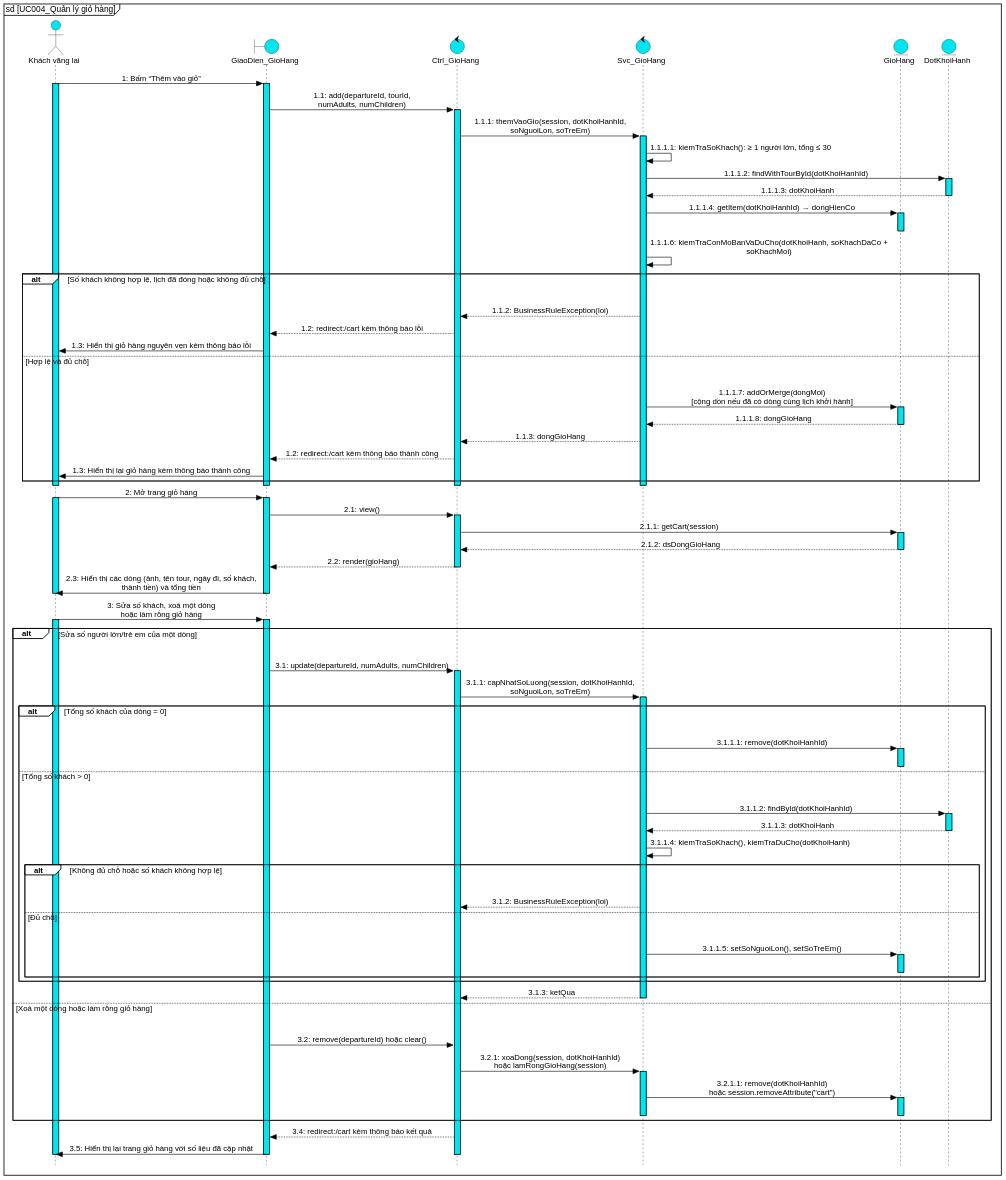
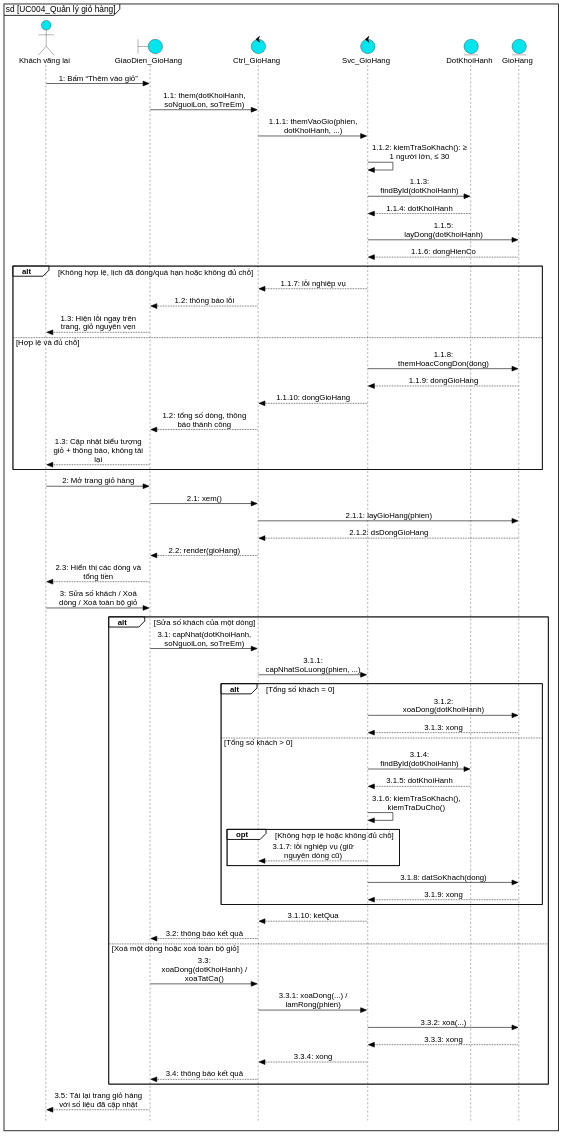
The diagram in docs/report/diagrams/src/UC004_sequence.puml (kanele05/project_www), drawn with PlantUML before and after one commit. The commit also changed 104 other files, not shown here.

First line of the commit message:
Sắp xếp lại use case theo biểu đồ tổng quát: đánh số lại UC001–UC021, gộp quản lý danh mục, cập nhật đặc tả và sơ đồ

```diff
--- a/docs/report/diagrams/src/UC004_sequence.puml
+++ b/docs/report/diagrams/src/UC004_sequence.puml
@@ -1,145 +1,103 @@
 @startuml UC004_sequence
 skinparam dpi 140
 skinparam defaultFontName "Liberation Sans"
 skinparam defaultFontSize 13
 skinparam backgroundColor white
 skinparam shadowing false
 skinparam style strictuml
 hide footbox
-skinparam maxMessageSize 420
+skinparam maxMessageSize 160
 skinparam sequenceMessageAlign center
 skinparam responseMessageBelowArrow false
 skinparam ArrowColor black
-skinparam ParticipantPadding 90
+skinparam ParticipantPadding 12
 skinparam BoxPadding 6
 skinparam sequence {
   ArrowColor black
   LifeLineBorderColor black
   LifeLineBackgroundColor #00E5EE
   ParticipantBackgroundColor #00E5EE
   ParticipantBorderColor black
   ActorBackgroundColor #00E5EE
   ActorBorderColor black
   GroupBorderColor black
   GroupBackgroundColor white
   GroupHeaderFontStyle bold
   GroupFontStyle plain
   GroupBorderThickness 1.2
 }
 skinparam note {
   BackgroundColor transparent
   BorderColor transparent
   FontColor transparent
 }
 skinparam BoundaryBackgroundColor #00E5EE
 skinparam BoundaryBorderColor black
 skinparam ControlBackgroundColor #00E5EE
 skinparam ControlBorderColor black
 skinparam EntityBackgroundColor #00E5EE
 skinparam EntityBorderColor black
 skinparam ActorBackgroundColor #00E5EE
 skinparam ActorBorderColor black
 mainframe sd [UC004_Quản lý giỏ hàng]
+
 actor "Khách vãng lai" as kh
 boundary "GiaoDien_GioHang" as ui
 control "Ctrl_GioHang" as ctrl
 control "Svc_GioHang" as svc
+entity "DotKhoiHanh" as dot
 entity "GioHang" as gh
-entity "DotKhoiHanh" as dot
-
 kh -> ui : 1: Bấm “Thêm vào giỏ”
-activate kh #00E5EE
-activate ui #00E5EE
-ui -> ctrl : 1.1: add(departureId, tourId,\nnumAdults, numChildren)
-activate ctrl #00E5EE
-ctrl -> svc : 1.1.1: themVaoGio(session, dotKhoiHanhId,\nsoNguoiLon, soTreEm)
-activate svc #00E5EE
-svc -> svc : 1.1.1.1: kiemTraSoKhach(): ≥ 1 người lớn, tổng ≤ 30
-svc -> dot : 1.1.1.2: findWithTourById(dotKhoiHanhId)
-activate dot #00E5EE
-return 1.1.1.3: dotKhoiHanh
-svc -> gh : 1.1.1.4: getItem(dotKhoiHanhId) → dongHienCo
-activate gh #00E5EE
-deactivate gh
-svc -> svc : 1.1.1.6: kiemTraConMoBanVaDuCho(dotKhoiHanh, soKhachDaCo + soKhachMoi)
-alt Số khách không hợp lệ, lịch đã đóng hoặc không đủ chỗ
-  hnote over kh, dot : .
-  svc --> ctrl : 1.1.2: BusinessRuleException(loi)
-  ctrl --> ui : 1.2: redirect:/cart kèm thông báo lỗi
-  ui -> kh : 1.3: Hiển thị giỏ hàng nguyên vẹn kèm thông báo lỗi
+ui -> ctrl : 1.1: them(dotKhoiHanh, soNguoiLon, soTreEm)
+ctrl -> svc : 1.1.1: themVaoGio(phien, dotKhoiHanh, ...)
+svc -> svc : 1.1.2: kiemTraSoKhach(): ≥ 1 người lớn, ≤ 30
+svc -> dot : 1.1.3: findById(dotKhoiHanh)
+dot --> svc : 1.1.4: dotKhoiHanh
+svc -> gh : 1.1.5: layDong(dotKhoiHanh)
+gh --> svc : 1.1.6: dongHienCo
+alt Không hợp lệ, lịch đã đóng/quá hạn hoặc không đủ chỗ
+  svc --> ctrl : 1.1.7: lỗi nghiệp vụ
+  ctrl --> ui : 1.2: thông báo lỗi
+  ui --> kh : 1.3: Hiện lỗi ngay trên trang, giỏ nguyên vẹn
 else Hợp lệ và đủ chỗ
-  hnote over kh, dot : .
-  svc -> gh : 1.1.1.7: addOrMerge(dongMoi)\n[cộng dồn nếu đã có dòng cùng lịch khởi hành]
-  activate gh #00E5EE
-  return 1.1.1.8: dongGioHang
-  svc --> ctrl : 1.1.3: dongGioHang
-  ctrl --> ui : 1.2: redirect:/cart kèm thông báo thành công
-  ui -> kh : 1.3: Hiển thị lại giỏ hàng kèm thông báo thành công
+  svc -> gh : 1.1.8: themHoacCongDon(dong)
+  gh --> svc : 1.1.9: dongGioHang
+  svc --> ctrl : 1.1.10: dongGioHang
+  ctrl --> ui : 1.2: tổng số dòng, thông báo thành công
+  ui --> kh : 1.3: Cập nhật biểu tượng giỏ + thông báo, không tải lại
 end
-deactivate svc
-deactivate ctrl
-deactivate ui
-deactivate kh
-
 kh -> ui : 2: Mở trang giỏ hàng
-activate kh #00E5EE
-activate ui #00E5EE
-ui -> ctrl : 2.1: view()
-activate ctrl #00E5EE
-ctrl -> gh : 2.1.1: getCart(session)
-activate gh #00E5EE
-return 2.1.2: dsDongGioHang
+ui -> ctrl : 2.1: xem()
+ctrl -> gh : 2.1.1: layGioHang(phien)
+gh --> ctrl : 2.1.2: dsDongGioHang
 ctrl --> ui : 2.2: render(gioHang)
-deactivate ctrl
-ui -> kh : 2.3: Hiển thị các dòng (ảnh, tên tour, ngày đi, số khách,\nthành tiền) và tổng tiền
-deactivate ui
-deactivate kh
-
-kh -> ui : 3: Sửa số khách, xoá một dòng\nhoặc làm rỗng giỏ hàng
-activate kh #00E5EE
-activate ui #00E5EE
-alt Sửa số người lớn/trẻ em của một dòng
-  hnote over kh, dot : .
-  ui -> ctrl : 3.1: update(departureId, numAdults, numChildren)
-  activate ctrl #00E5EE
-  ctrl -> svc : 3.1.1: capNhatSoLuong(session, dotKhoiHanhId,\nsoNguoiLon, soTreEm)
-  activate svc #00E5EE
-  alt Tổng số khách của dòng = 0
-    hnote over kh, dot : .
-    svc -> gh : 3.1.1.1: remove(dotKhoiHanhId)
-    activate gh #00E5EE
-    deactivate gh
+ui --> kh : 2.3: Hiển thị các dòng và tổng tiền
+kh -> ui : 3: Sửa số khách / Xoá dòng / Xoá toàn bộ giỏ
+alt Sửa số khách của một dòng
+  ui -> ctrl : 3.1: capNhat(dotKhoiHanh, soNguoiLon, soTreEm)
+  ctrl -> svc : 3.1.1: capNhatSoLuong(phien, ...)
+  alt Tổng số khách = 0
+    svc -> gh : 3.1.2: xoaDong(dotKhoiHanh)
+    gh --> svc : 3.1.3: xong
   else Tổng số khách > 0
-    hnote over kh, dot : .
-    svc -> dot : 3.1.1.2: findById(dotKhoiHanhId)
-    activate dot #00E5EE
-    return 3.1.1.3: dotKhoiHanh
-    svc -> svc : 3.1.1.4: kiemTraSoKhach(), kiemTraDuCho(dotKhoiHanh)
-    alt Không đủ chỗ hoặc số khách không hợp lệ
-      hnote over kh, dot : .
-      svc --> ctrl : 3.1.2: BusinessRuleException(loi)
-    else Đủ chỗ
-      hnote over kh, dot : .
-      svc -> gh : 3.1.1.5: setSoNguoiLon(), setSoTreEm()
-      activate gh #00E5EE
-      deactivate gh
+    svc -> dot : 3.1.4: findById(dotKhoiHanh)
+    dot --> svc : 3.1.5: dotKhoiHanh
+    svc -> svc : 3.1.6: kiemTraSoKhach(), kiemTraDuCho()
+    opt Không hợp lệ hoặc không đủ chỗ
+      svc --> ctrl : 3.1.7: lỗi nghiệp vụ (giữ nguyên dòng cũ)
     end
+    svc -> gh : 3.1.8: datSoKhach(dong)
+    gh --> svc : 3.1.9: xong
   end
-  svc --> ctrl : 3.1.3: ketQua
-  deactivate svc
-else Xoá một dòng hoặc làm rỗng giỏ hàng
-  hnote over kh, dot : .
-  ui -> ctrl : 3.2: remove(departureId) hoặc clear()
-  ctrl -> svc : 3.2.1: xoaDong(session, dotKhoiHanhId)\nhoặc lamRongGioHang(session)
-  activate svc #00E5EE
-  svc -> gh : 3.2.1.1: remove(dotKhoiHanhId)\nhoặc session.removeAttribute("cart")
-  activate gh #00E5EE
-  deactivate gh
-  deactivate svc
+  svc --> ctrl : 3.1.10: ketQua
+  ctrl --> ui : 3.2: thông báo kết quả
+else Xoá một dòng hoặc xoá toàn bộ giỏ
+  ui -> ctrl : 3.3: xoaDong(dotKhoiHanh) / xoaTatCa()
+  ctrl -> svc : 3.3.1: xoaDong(...) / lamRong(phien)
+  svc -> gh : 3.3.2: xoa(...)
+  gh --> svc : 3.3.3: xong
+  svc --> ctrl : 3.3.4: xong
+  ctrl --> ui : 3.4: thông báo kết quả
 end
-ctrl --> ui : 3.4: redirect:/cart kèm thông báo kết quả
-ui -> kh : 3.5: Hiển thị lại trang giỏ hàng với số liệu đã cập nhật
-deactivate ctrl
-deactivate ui
-deactivate kh
+ui --> kh : 3.5: Tải lại trang giỏ hàng với số liệu đã cập nhật
 @enduml
```
